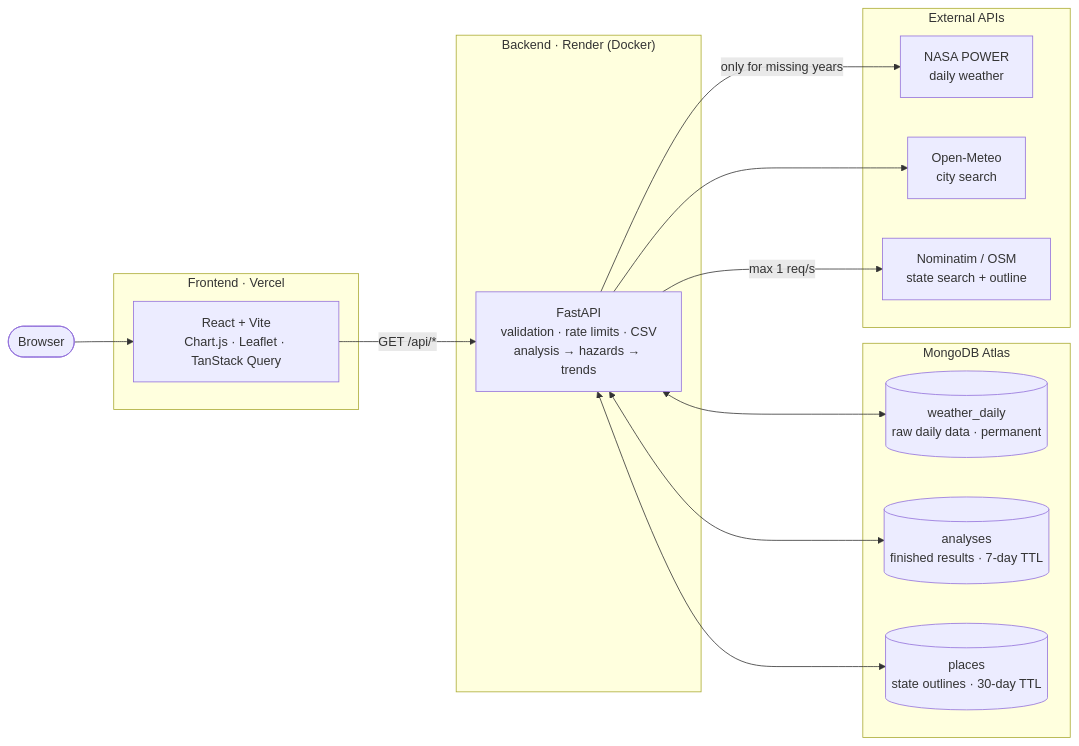
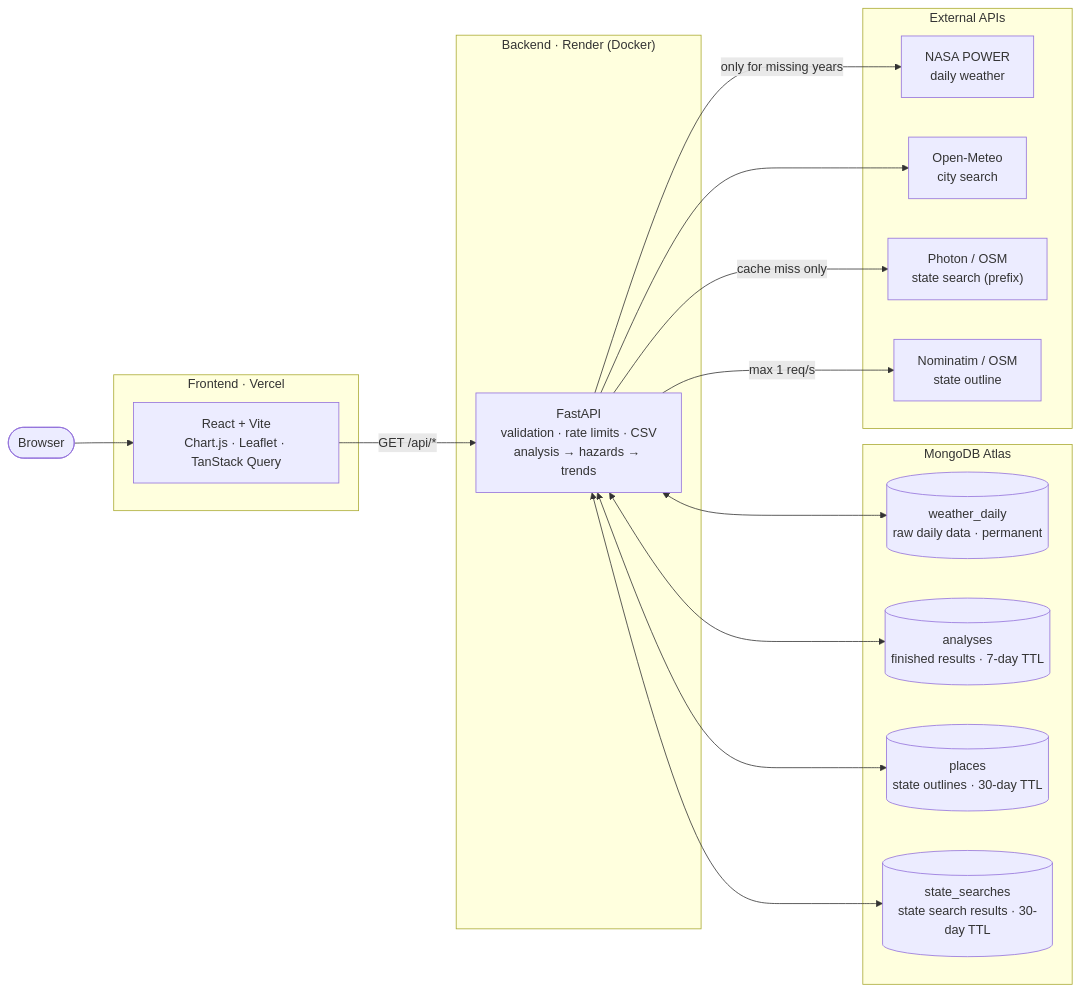
Before and after one commit to Deepak22448/climate-hazard-analyzer: the diagram in README.md, drawn with Mermaid. The commit also changed other lines of this file and 8 other files, not shown here.

First line of the commit message:
Search states by prefix with Photon, cached in MongoDB

````diff
--- a/README.md
+++ b/README.md
@@ -57,33 +57,37 @@
 ```mermaid
 flowchart LR
     user(["Browser"])
 
     subgraph frontend["Frontend · Vercel"]
         ui["React + Vite<br/>Chart.js · Leaflet · TanStack Query"]
     end
 
     subgraph backend["Backend · Render (Docker)"]
         api["FastAPI<br/>validation · rate limits · CSV<br/>analysis → hazards → trends"]
     end
 
     subgraph mongo["MongoDB Atlas"]
         weather[("weather_daily<br/>raw daily data · permanent")]
         analyses[("analyses<br/>finished results · 7-day TTL")]
         places[("places<br/>state outlines · 30-day TTL")]
+        searches[("state_searches<br/>state search results · 30-day TTL")]
     end
 
     subgraph external["External APIs"]
         nasa["NASA POWER<br/>daily weather"]
         openmeteo["Open-Meteo<br/>city search"]
-        nominatim["Nominatim / OSM<br/>state search + outline"]
+        photon["Photon / OSM<br/>state search (prefix)"]
+        nominatim["Nominatim / OSM<br/>state outline"]
     end
 
     user --> ui
     ui -- "GET /api/*" --> api
     api <--> analyses
     api <--> weather
     api <--> places
+    api <--> searches
     api -- "only for missing years" --> nasa
     api --> openmeteo
+    api -- "cache miss only" --> photon
     api -- "max 1 req/s" --> nominatim
 ```
````
